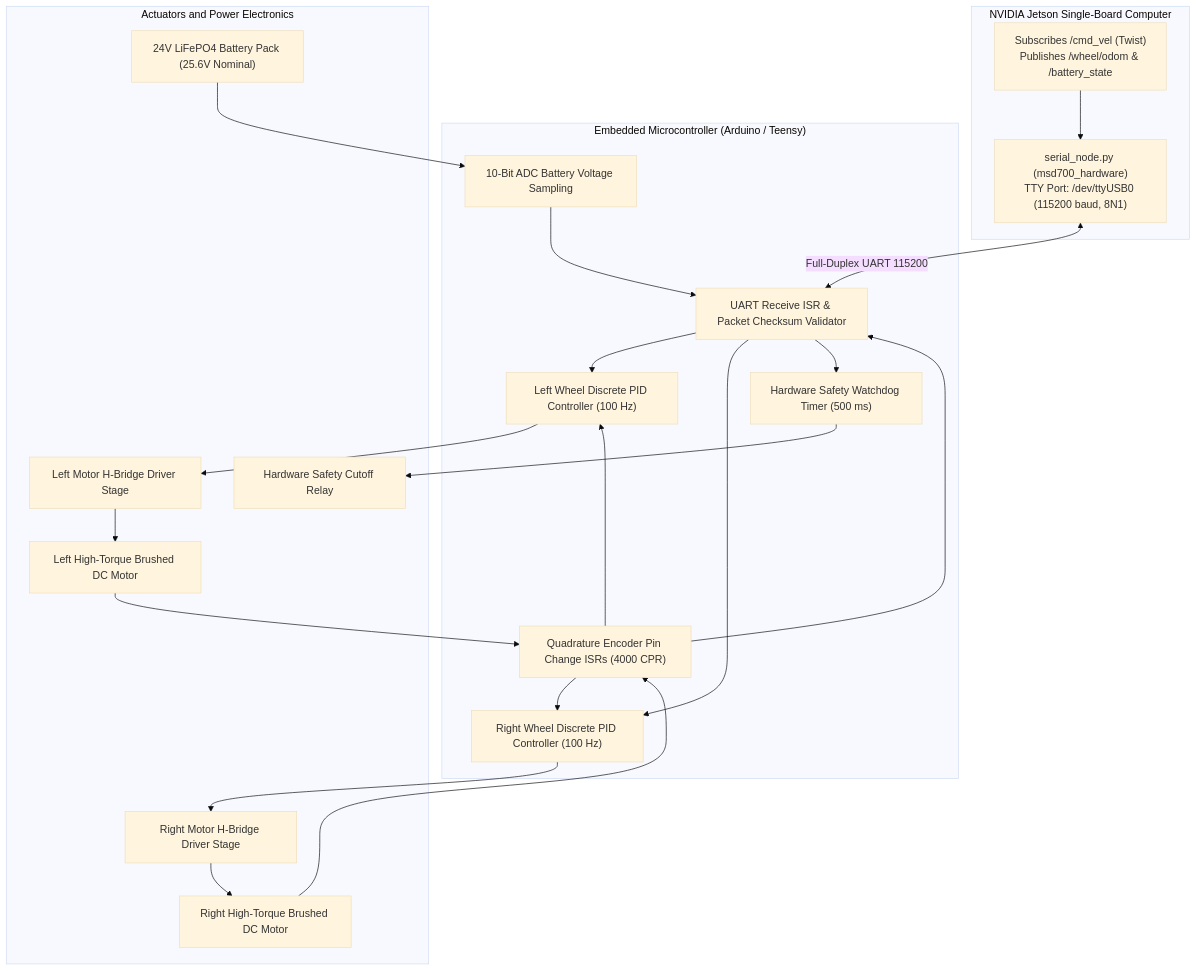
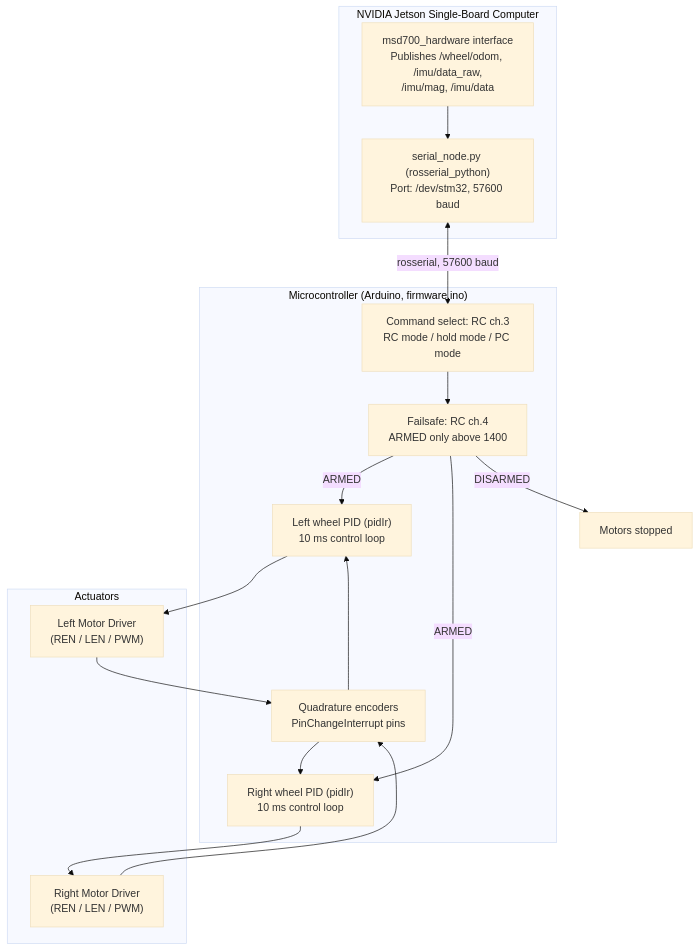
Before and after one commit to itbdelaboprogramming/msd700_documentation: the diagram in docs/development/ros/firmware-and-hardware.md, drawn with Mermaid (base theme). The commit also changed other lines of this file and 110 other files, not shown here.

````diff
--- a/docs/development/ros/firmware-and-hardware.md
+++ b/docs/development/ros/firmware-and-hardware.md
@@ -14,44 +14,36 @@
 ```mermaid
 flowchart TD
   subgraph JetsonSBC["NVIDIA Jetson Single-Board Computer"]
-    SERIAL_NODE["serial_node.py (msd700_hardware)<br/>TTY Port: /dev/ttyUSB0 (115200 baud, 8N1)"]
-    CMD_PUB["Subscribes /cmd_vel (Twist)<br/>Publishes /wheel/odom & /battery_state"]
+    SERIAL_NODE["serial_node.py (rosserial_python)<br/>Port: /dev/stm32, 57600 baud"]
+    HW_IF["msd700_hardware interface<br/>Publishes /wheel/odom, /imu/data_raw,<br/>/imu/mag, /imu/data"]
   end
 
-  subgraph Microcontroller["Embedded Microcontroller (Arduino / Teensy)"]
-    UART_ISR["UART Receive ISR & Packet Checksum Validator"]
-    PID_LEFT["Left Wheel Discrete PID Controller (100 Hz)"]
-    PID_RIGHT["Right Wheel Discrete PID Controller (100 Hz)"]
-    ENC_ISR["Quadrature Encoder Pin Change ISRs (4000 CPR)"]
-    ADC_SENSE["10-Bit ADC Battery Voltage Sampling"]
-    WATCHDOG["Hardware Safety Watchdog Timer (500 ms)"]
+  subgraph Microcontroller["Microcontroller (Arduino, firmware.ino)"]
+    CMD_SEL["Command select: RC ch.3<br/>RC mode / hold mode / PC mode"]
+    FAILSAFE["Failsafe: RC ch.4<br/>ARMED only above 1400"]
+    PID_L["Left wheel PID (pidIr)<br/>10 ms control loop"]
+    PID_R["Right wheel PID (pidIr)<br/>10 ms control loop"]
+    ENC["Quadrature encoders<br/>PinChangeInterrupt pins"]
   end
 
-  subgraph PowerStage["Actuators and Power Electronics"]
-    H_BRIDGE_L["Left Motor H-Bridge Driver Stage"]
-    H_BRIDGE_R["Right Motor H-Bridge Driver Stage"]
-    MOTOR_L["Left High-Torque Brushed DC Motor"]
-    MOTOR_R["Right High-Torque Brushed DC Motor"]
-    BATTERY["24V LiFePO4 Battery Pack (25.6V Nominal)"]
-    ESTOP_RELAY["Hardware Safety Cutoff Relay"]
+  subgraph PowerStage["Actuators"]
+    H_BRIDGE_L["Left Motor Driver<br/>(REN / LEN / PWM)"]
+    H_BRIDGE_R["Right Motor Driver<br/>(REN / LEN / PWM)"]
   end
 
-  SERIAL_NODE <-->|Full-Duplex UART 115200| UART_ISR
-  CMD_PUB --> SERIAL_NODE
+  SERIAL_NODE <-->|rosserial, 57600 baud| CMD_SEL
+  CMD_SEL --> FAILSAFE
+  FAILSAFE -->|ARMED| PID_L
+  FAILSAFE -->|ARMED| PID_R
+  FAILSAFE -->|DISARMED| STOP["Motors stopped"]
 
-  UART_ISR --> PID_LEFT
-  UART_ISR --> PID_RIGHT
-  UART_ISR --> WATCHDOG
+  PID_L --> H_BRIDGE_L
+  PID_R --> H_BRIDGE_R
 
-  PID_LEFT --> H_BRIDGE_L --> MOTOR_L
-  PID_RIGHT --> H_BRIDGE_R --> MOTOR_R
+  H_BRIDGE_L --> ENC
+  H_BRIDGE_R --> ENC
+  ENC --> PID_L
+  ENC --> PID_R
 
-  MOTOR_L --> ENC_ISR
-  MOTOR_R --> ENC_ISR
-  ENC_ISR --> PID_LEFT
-  ENC_ISR --> PID_RIGHT
-  ENC_ISR --> UART_ISR
-
-  BATTERY --> ADC_SENSE --> UART_ISR
-  WATCHDOG --> ESTOP_RELAY
+  HW_IF --> SERIAL_NODE
 ```
````
